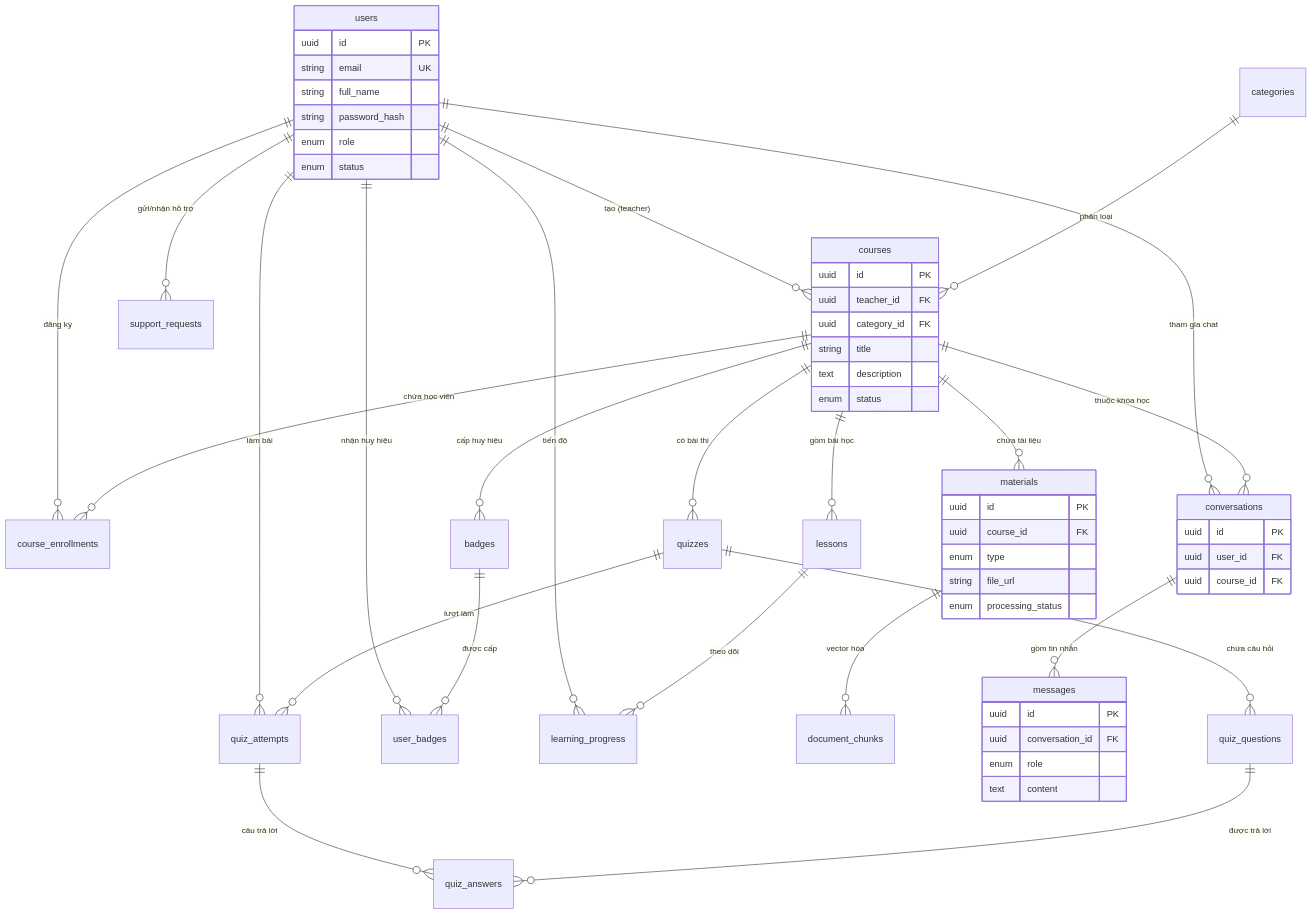
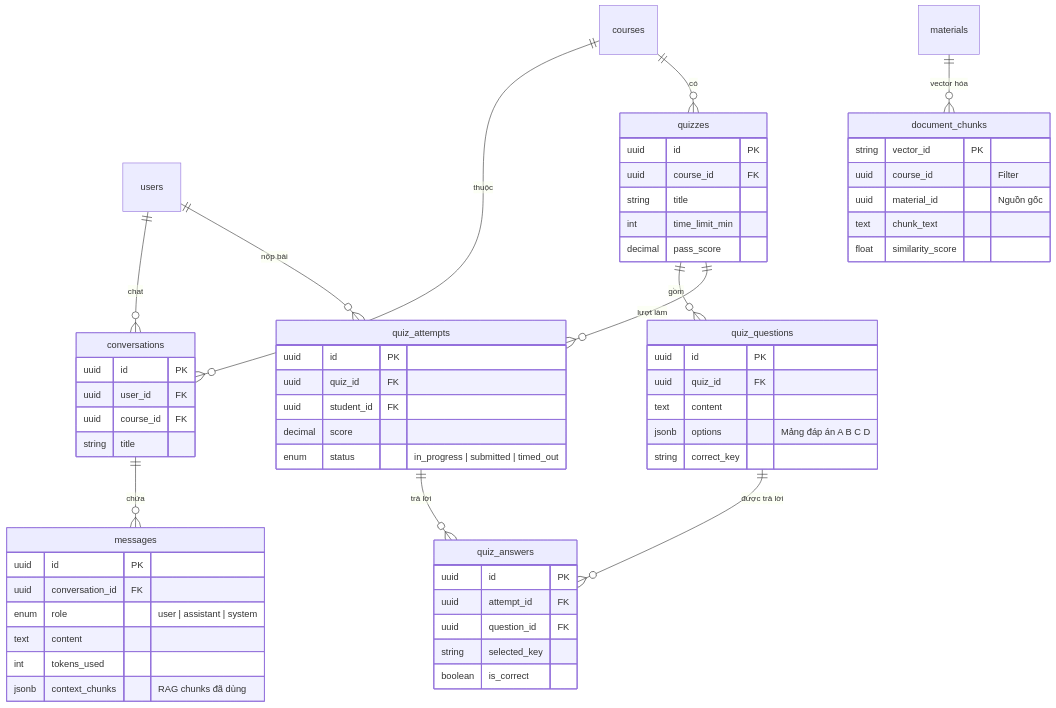
One commit to ntphong2104/lms-ai-system changed the second of 3 diagrams in docs/03_database_schema.md. Above: the diagram before and after it, drawn with Mermaid. The commit also changed other lines of this file, not shown here.

Commit message:
docs: tách ER diagram thành 3 nhóm chức năng cho dễ đọc

````diff
--- a/docs/03_database_schema.md
+++ b/docs/03_database_schema.md
@@ -11,72 +87,71 @@
 ```mermaid
 erDiagram
-    users ||--o{ course_enrollments : "đăng ký"
-    users ||--o{ courses : "tạo (teacher)"
-    users ||--o{ conversations : "tham gia chat"
-    users ||--o{ quiz_attempts : "làm bài"
-    users ||--o{ user_badges : "nhận huy hiệu"
-    users ||--o{ support_requests : "gửi/nhận hỗ trợ"
-    users ||--o{ learning_progress : "tiến độ"
+    users ||--o{ conversations : "chat"
+    courses ||--o{ conversations : "thuộc"
+    conversations ||--o{ messages : "chứa"
 
-    categories ||--o{ courses : "phân loại"
-
-    courses ||--o{ course_enrollments : "chứa học viên"
-    courses ||--o{ lessons : "gồm bài học"
-    courses ||--o{ materials : "chứa tài liệu"
-    courses ||--o{ quizzes : "có bài thi"
-    courses ||--o{ conversations : "thuộc khóa học"
-    courses ||--o{ badges : "cấp huy hiệu"
-
-    lessons ||--o{ learning_progress : "theo dõi"
+    courses ||--o{ quizzes : "có"
+    quizzes ||--o{ quiz_questions : "gồm"
+    quizzes ||--o{ quiz_attempts : "lượt làm"
+    users ||--o{ quiz_attempts : "nộp bài"
+    quiz_attempts ||--o{ quiz_answers : "trả lời"
+    quiz_questions ||--o{ quiz_answers : "được trả lời"
 
     materials ||--o{ document_chunks : "vector hóa"
-
-    conversations ||--o{ messages : "gồm tin nhắn"
-
-    quizzes ||--o{ quiz_questions : "chứa câu hỏi"
-    quizzes ||--o{ quiz_attempts : "lượt làm"
-
-    quiz_attempts ||--o{ quiz_answers : "câu trả lời"
-    quiz_questions ||--o{ quiz_answers : "được trả lời"
-
-    badges ||--o{ user_badges : "được cấp"
-
-    users {
-        uuid id PK
-        string email UK
-        string full_name
-        string password_hash
-        enum role
-        enum status
-    }
-
-    courses {
-        uuid id PK
-        uuid teacher_id FK
-        uuid category_id FK
-        string title
-        text description
-        enum status
-    }
-
-    materials {
-        uuid id PK
-        uuid course_id FK
-        enum type
-        string file_url
-        enum processing_status
-    }
 
     conversations {
         uuid id PK
         uuid user_id FK
         uuid course_id FK
+        string title
     }
 
     messages {
         uuid id PK
         uuid conversation_id FK
-        enum role
+        enum role "user | assistant | system"
         text content
+        int tokens_used
+        jsonb context_chunks "RAG chunks đã dùng"
+    }
+
+    quizzes {
+        uuid id PK
+        uuid course_id FK
+        string title
+        int time_limit_min
+        decimal pass_score
+    }
+
+    quiz_questions {
+        uuid id PK
+        uuid quiz_id FK
+        text content
+        jsonb options "Mảng đáp án A B C D"
+        string correct_key
+    }
+
+    quiz_attempts {
+        uuid id PK
+        uuid quiz_id FK
+        uuid student_id FK
+        decimal score
+        enum status "in_progress | submitted | timed_out"
+    }
+
+    quiz_answers {
+        uuid id PK
+        uuid attempt_id FK
+        uuid question_id FK
+        string selected_key
+        boolean is_correct
+    }
+
+    document_chunks {
+        string vector_id PK
+        uuid course_id "Filter"
+        uuid material_id "Nguồn gốc"
+        text chunk_text
+        float similarity_score
     }
 ```
````
